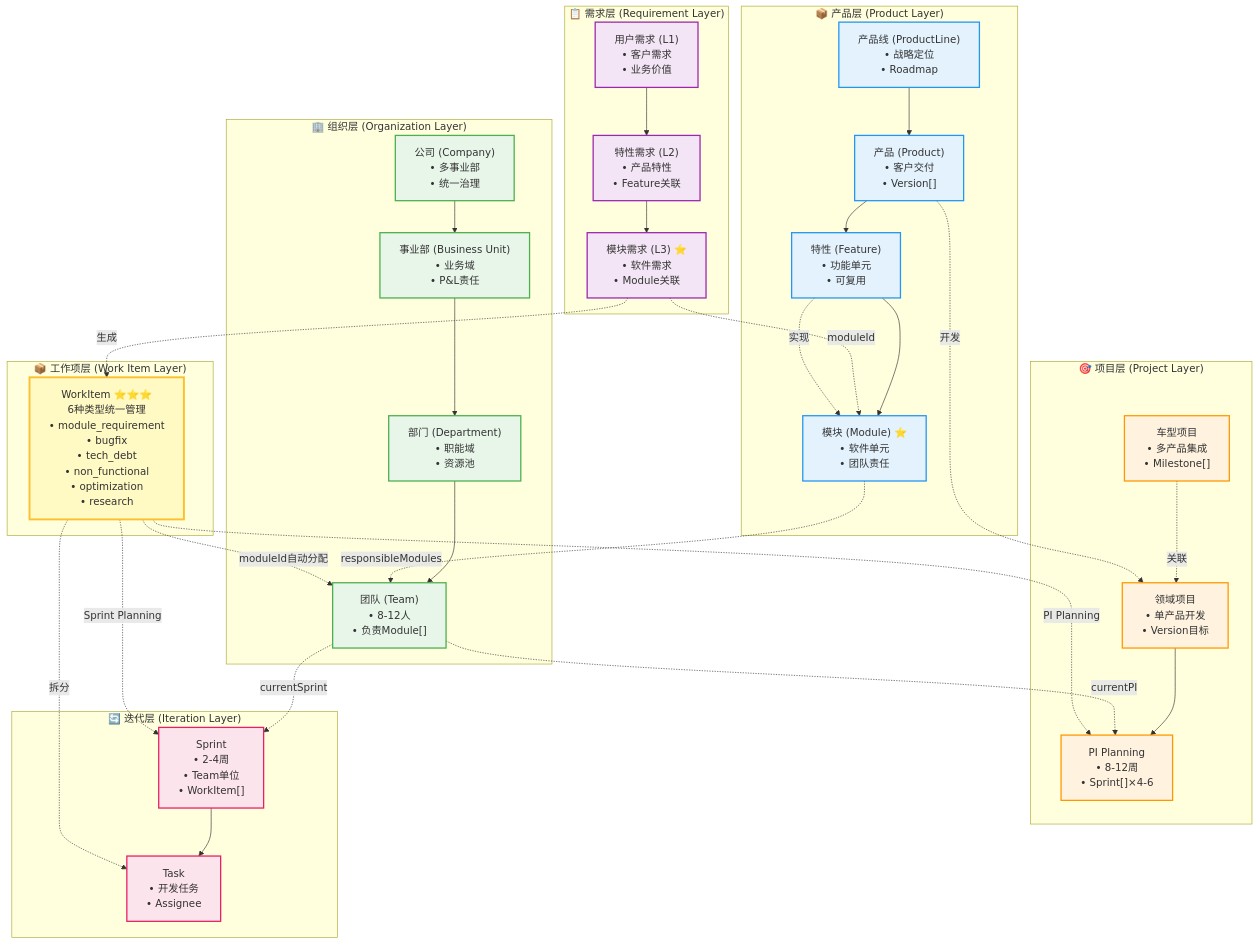
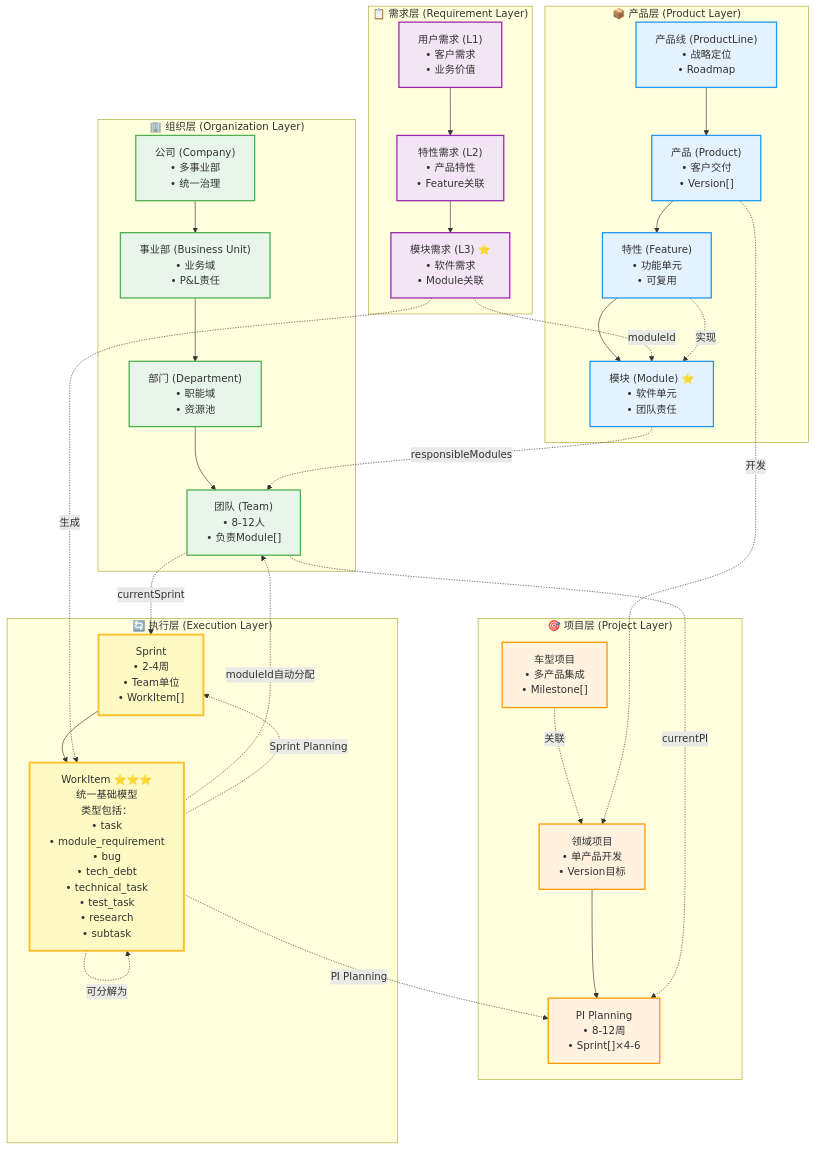
One commit to zjx-immersion/domain-model-design changed the first of 10 diagrams in Architecture/v2/04-task/TASK_BASED_ARCHITECTURE_V3.md. Above: the diagram before and after it, drawn with Mermaid. The commit also changed other lines of this file, not shown here.

First line of the commit message:
refactor: 修正WorkItem架构设计 - WorkItem是基础模型，Task是其一种类型

````diff
--- a/Architecture/v2/04-task/TASK_BASED_ARCHITECTURE_V3.md
+++ b/Architecture/v2/04-task/TASK_BASED_ARCHITECTURE_V3.md
@@ -137,17 +168,12 @@
         FR --> MR
     end
     
-    %% 工作项层
-    subgraph WORK["📦 工作项层 (Work Item Layer)"]
-        WI["WorkItem ⭐⭐⭐<br/>6种类型统一管理<br/>• module_requirement<br/>• bugfix<br/>• tech_debt<br/>• non_functional<br/>• optimization<br/>• research"]
-    end
-    
-    %% 迭代层
-    subgraph ITER["🔄 迭代层 (Iteration Layer)"]
+    %% 执行层
+    subgraph EXEC["🔄 执行层 (Execution Layer)"]
         Sprint["Sprint<br/>• 2-4周<br/>• Team单位<br/>• WorkItem[]"]
-        Task["Task<br/>• 开发任务<br/>• Assignee"]
+        WI["WorkItem ⭐⭐⭐<br/>统一基础模型<br/>类型包括：<br/>• task<br/>• module_requirement<br/>• bug<br/>• tech_debt<br/>• technical_task<br/>• test_task<br/>• research<br/>• subtask"]
         
-        Sprint --> Task
+        Sprint --> WI
     end
     
     %% 核心关联关系
@@ -160,7 +186,7 @@
     WI -.moduleId自动分配.-> Team
     WI -.PI Planning.-> PI
     WI -.Sprint Planning.-> Sprint
-    WI -.拆分.-> Task
+    WI -.可分解为.-> WI
     
     Feature -.实现.-> Module
     Product -.开发.-> DomainProj
@@ -170,13 +196,11 @@
     classDef prodStyle fill:#e3f2fd,stroke:#2196f3,stroke-width:2px
     classDef projStyle fill:#fff3e0,stroke:#ff9800,stroke-width:2px
     classDef reqStyle fill:#f3e5f5,stroke:#9c27b0,stroke-width:2px
-    classDef workStyle fill:#fff9c4,stroke:#fbc02d,stroke-width:3px
-    classDef iterStyle fill:#fce4ec,stroke:#e91e63,stroke-width:2px
+    classDef execStyle fill:#fff9c4,stroke:#fbc02d,stroke-width:3px
     
     class Company,BU,Dept,Team orgStyle
     class PL,Product,Feature,Module prodStyle
     class VehicleProj,DomainProj,PI projStyle
     class UR,FR,MR reqStyle
-    class WI workStyle
-    class Sprint,Task iterStyle
+    class Sprint,WI execStyle
 ```
````
